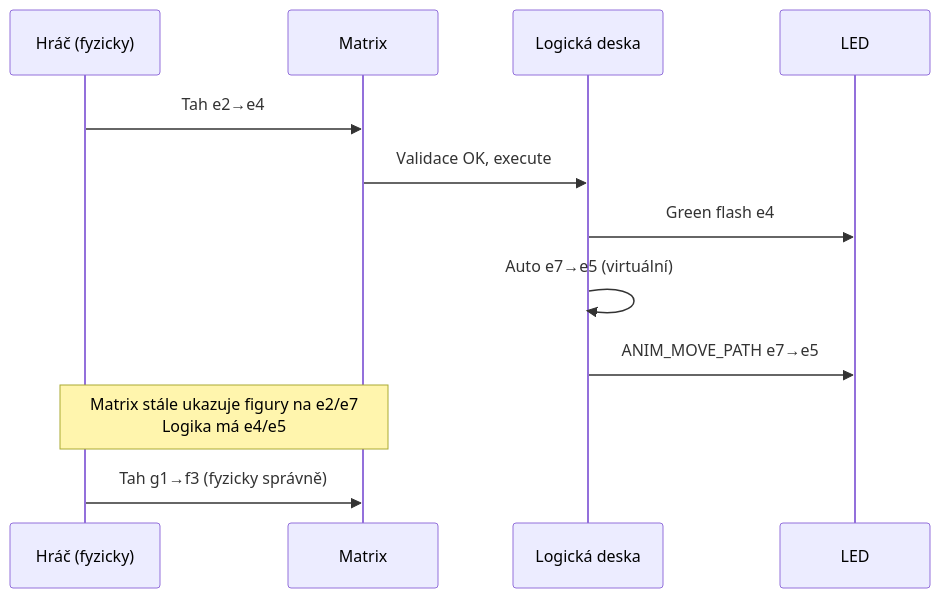
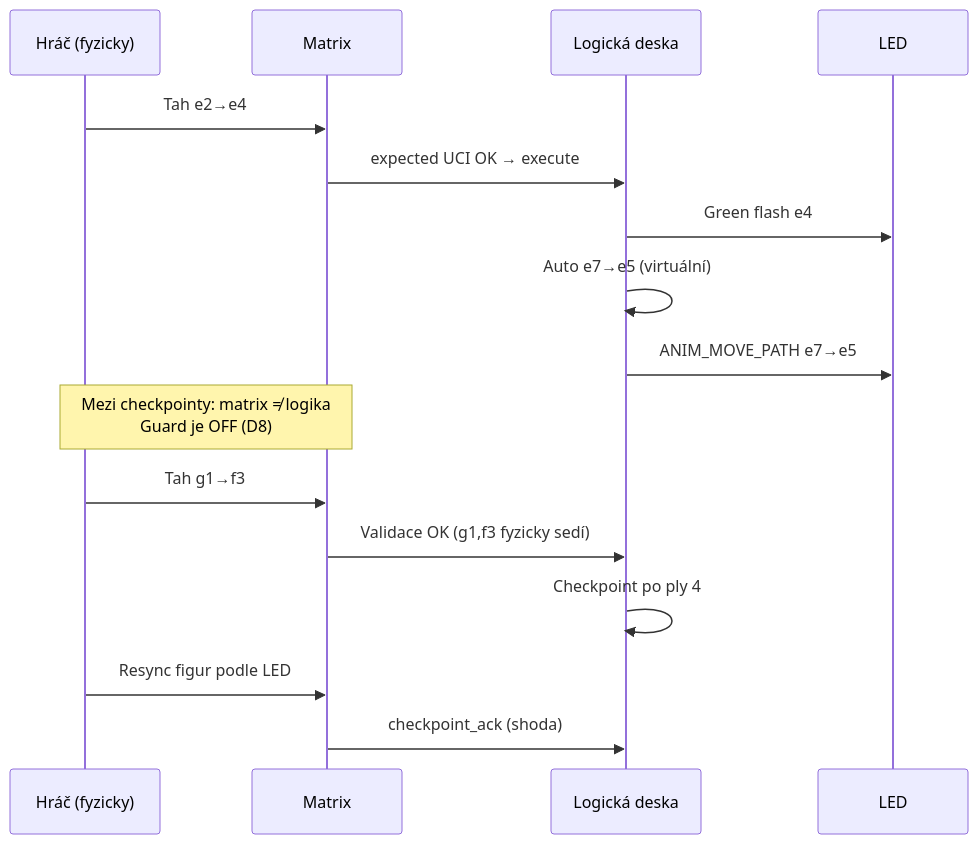
Before and after one commit to AlfredKrutina/chess_esp32_c6_devkit: the second of 4 diagrams in docs/reference/OPENING_TRAINING_PLAN.md, drawn with Mermaid. The commit also changed other lines of this file, not shown here.

````diff
--- a/docs/reference/OPENING_TRAINING_PLAN.md
+++ b/docs/reference/OPENING_TRAINING_PLAN.md
@@ -209,15 +247,19 @@
 ```mermaid
 sequenceDiagram
   participant P as Hráč (fyzicky)
   participant M as Matrix
   participant L as Logická deska
   participant LED as LED
 
   P->>M: Tah e2→e4
-  M->>L: Validace OK, execute
+  M->>L: expected UCI OK → execute
   L->>LED: Green flash e4
   L->>L: Auto e7→e5 (virtuální)
   L->>LED: ANIM_MOVE_PATH e7→e5
-  Note over P,M: Matrix stále ukazuje figury na e2/e7<br/>Logika má e4/e5
-  P->>M: Tah g1→f3 (fyzicky správně)
+  Note over P,M: Mezi checkpointy: matrix ≠ logika<br/>Guard je OFF (D8)
+  P->>M: Tah g1→f3
+  M->>L: Validace OK (g1,f3 fyzicky sedí)
+  L->>L: Checkpoint po ply 4
+  P->>M: Resync figur podle LED
+  M->>L: checkpoint_ack (shoda)
 ```
````
